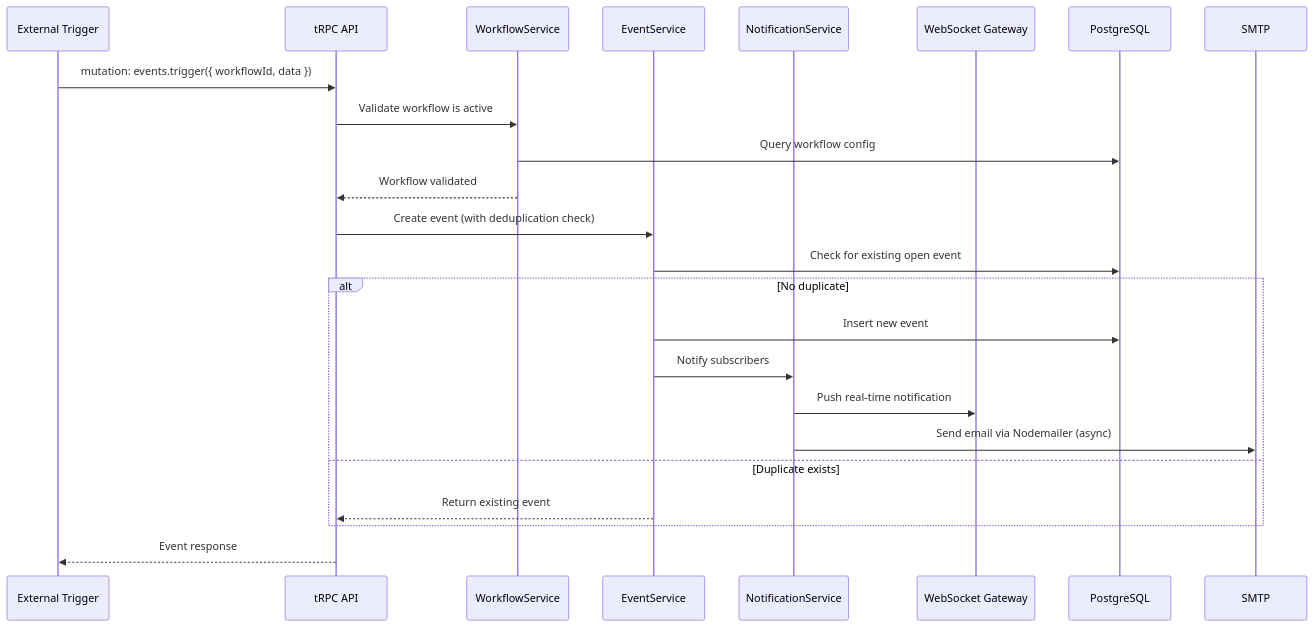
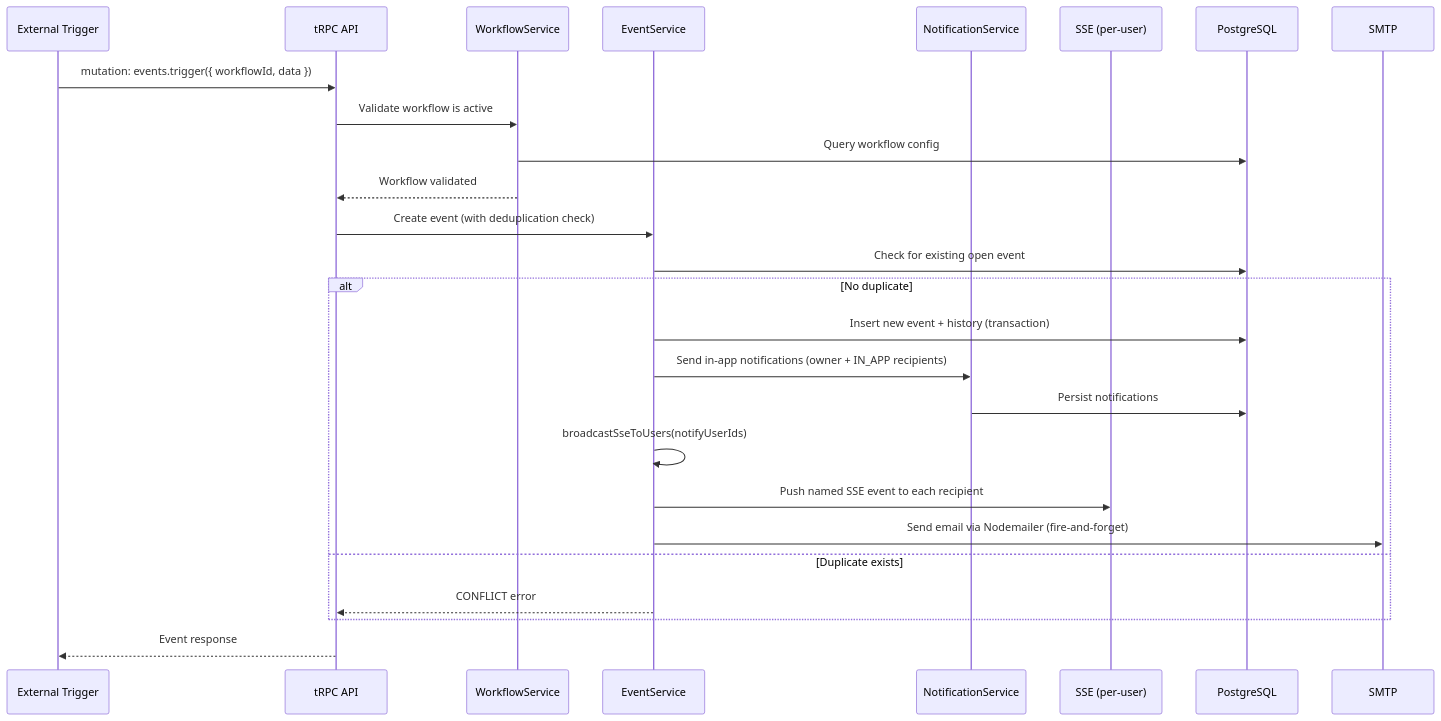
Before and after one commit to krosty47/spexs_test: the first of 2 diagrams in docs/ARCHI.md, drawn with Mermaid. The commit also changed other lines of this file and 23 other files, not shown here.

Commit message:
Changing SSE notifications and styles

````diff
--- a/docs/ARCHI.md
+++ b/docs/ARCHI.md
@@ -530,26 +561,28 @@
 ```mermaid
 sequenceDiagram
     participant Trigger as External Trigger
     participant API as tRPC API
     participant WFS as WorkflowService
     participant ES as EventService
     participant NS as NotificationService
-    participant WS as WebSocket Gateway
+    participant SSE as SSE (per-user)
     participant DB as PostgreSQL
 
     Trigger->>API: mutation: events.trigger({ workflowId, data })
     API->>WFS: Validate workflow is active
     WFS->>DB: Query workflow config
     WFS-->>API: Workflow validated
     API->>ES: Create event (with deduplication check)
     ES->>DB: Check for existing open event
     alt No duplicate
-        ES->>DB: Insert new event
-        ES->>NS: Notify subscribers
-        NS->>WS: Push real-time notification
-        NS->>SMTP: Send email via Nodemailer (async)
+        ES->>DB: Insert new event + history (transaction)
+        ES->>NS: Send in-app notifications (owner + IN_APP recipients)
+        NS->>DB: Persist notifications
+        ES->>ES: broadcastSseToUsers(notifyUserIds)
+        ES->>SSE: Push named SSE event to each recipient
+        ES->>SMTP: Send email via Nodemailer (fire-and-forget)
     else Duplicate exists
-        ES-->>API: Return existing event
+        ES-->>API: CONFLICT error
     end
     API-->>Trigger: Event response
 ```
````
